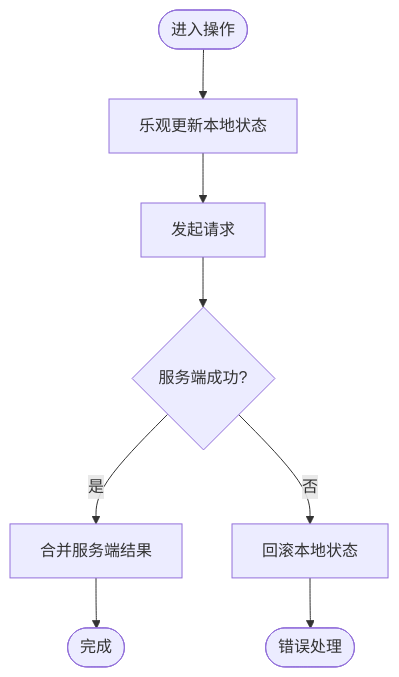
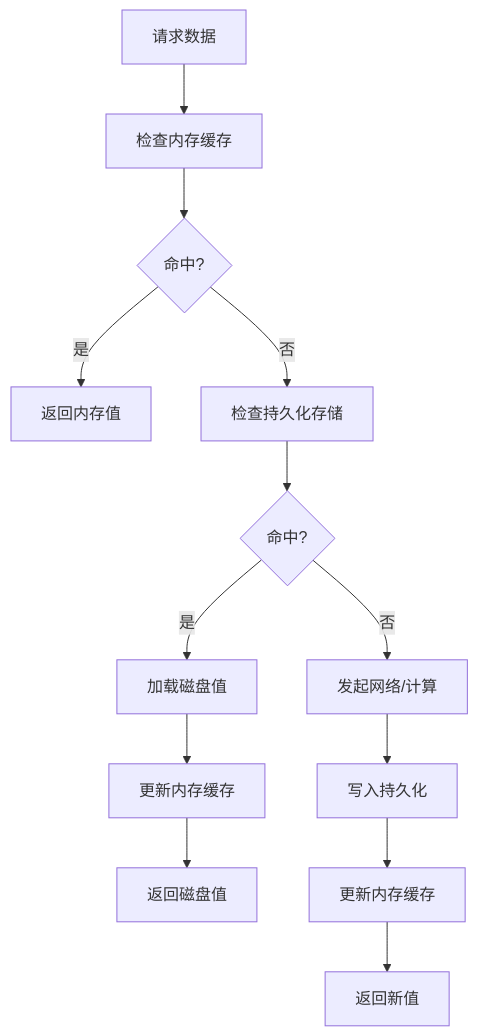
The fifth of 6 diagrams in .qoder/repowiki/zh/content/前端架构/状态管理.md (scottcwy/PurpleInk), drawn with Mermaid before and after one commit. The commit also changed other lines of this file and 872 other files, not shown here.

````diff
--- a/.qoder/repowiki/zh/content/前端架构/状态管理.md
+++ b/.qoder/repowiki/zh/content/前端架构/状态管理.md
@@ -183,10 +245,15 @@
 ```mermaid
 flowchart TD
-Enter(["进入操作"]) --> Optimistic["乐观更新本地状态"]
-Optimistic --> Request["发起请求"]
-Request --> ServerOK{"服务端成功?"}
-ServerOK --> |是| Merge["合并服务端结果"]
-ServerOK --> |否| Rollback["回滚本地状态"]
-Merge --> Success(["完成"])
-Rollback --> Error(["错误处理"])
+Request["请求数据"] --> CheckMem["检查内存缓存"]
+CheckMem --> Hit{"命中?"}
+Hit --> |是| ReturnMem["返回内存值"]
+Hit --> |否| CheckDisk["检查持久化存储"]
+CheckDisk --> DiskHit{"命中?"}
+DiskHit --> |是| LoadDisk["加载磁盘值"]
+LoadDisk --> UpdateMem["更新内存缓存"]
+UpdateMem --> ReturnDisk["返回磁盘值"]
+DiskHit --> |否| Fetch["发起网络/计算"]
+Fetch --> SaveDisk["写入持久化"]
+SaveDisk --> UpdateMem2["更新内存缓存"]
+UpdateMem2 --> ReturnNew["返回新值"]
 ```
````
